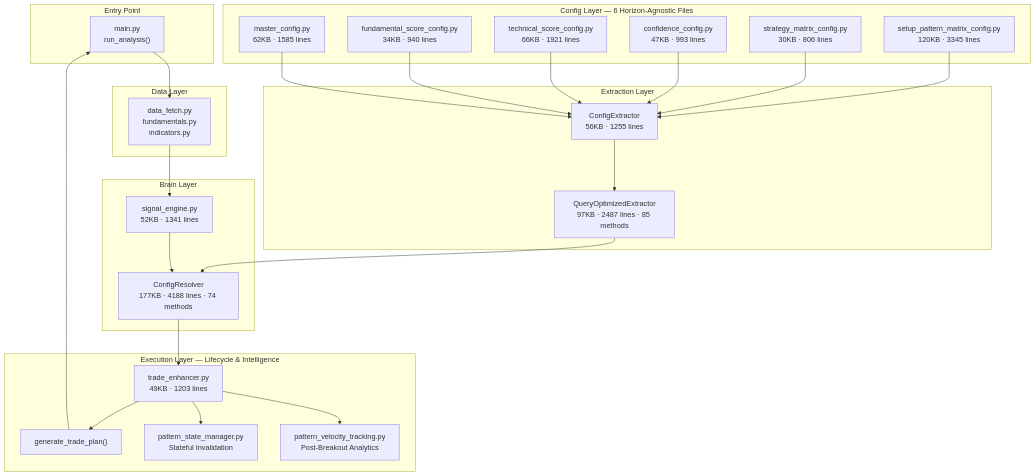
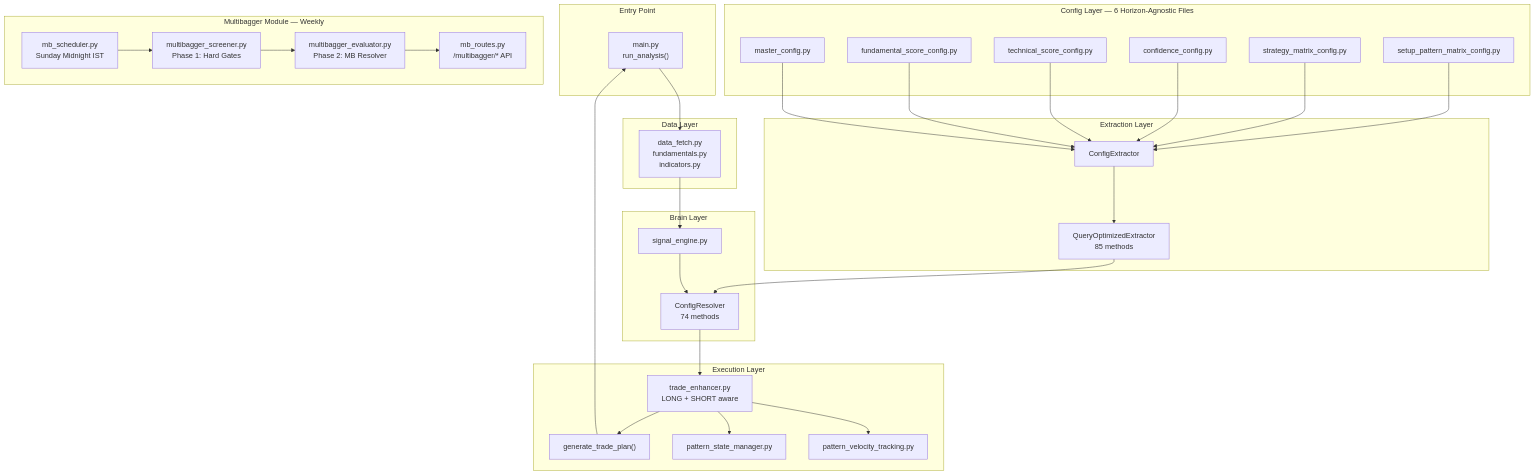
Before and after one commit to tshashwat7/analysis_app_py: the first of 3 diagrams in README.md, drawn with Mermaid. The commit also changed other lines of this file and 24 other files, not shown here.

Commit message:
fix | architectural bugs

````diff
--- a/README.md
+++ b/README.md
@@ -54,48 +71,58 @@
 ```mermaid
 graph TD
     subgraph "Entry Point"
         A["main.py<br>run_analysis()"]
     end
-    
+
     subgraph "Data Layer"
         B["data_fetch.py<br>fundamentals.py<br>indicators.py"]
     end
-    
+
     subgraph "Config Layer — 6 Horizon-Agnostic Files"
-        C1["setup_pattern_matrix_config.py<br>120KB · 3345 lines"]
-        C2["strategy_matrix_config.py<br>30KB · 806 lines"]
-        C3["confidence_config.py<br>47KB · 993 lines"]
-        C4["technical_score_config.py<br>66KB · 1921 lines"]
-        C5["fundamental_score_config.py<br>34KB · 940 lines"]
-        C6["master_config.py<br>62KB · 1585 lines"]
+        C1["setup_pattern_matrix_config.py"]
+        C2["strategy_matrix_config.py"]
+        C3["confidence_config.py"]
+        C4["technical_score_config.py"]
+        C5["fundamental_score_config.py"]
+        C6["master_config.py"]
     end
-    
+
     subgraph "Extraction Layer"
-        D1["ConfigExtractor<br>56KB · 1255 lines"]
-        D2["QueryOptimizedExtractor<br>97KB · 2487 lines · 85 methods"]
+        D1["ConfigExtractor"]
+        D2["QueryOptimizedExtractor<br>85 methods"]
     end
-    
+
     subgraph "Brain Layer"
-        E["ConfigResolver<br>177KB · 4188 lines · 74 methods"]
-        F["signal_engine.py<br>52KB · 1341 lines"]
+        E["ConfigResolver<br>74 methods"]
+        F["signal_engine.py"]
     end
-    
-    subgraph "Execution Layer — Lifecycle & Intelligence"
-        G["trade_enhancer.py<br>49KB · 1203 lines"]
+
+    subgraph "Execution Layer"
+        G["trade_enhancer.py<br>LONG + SHORT aware"]
         H["generate_trade_plan()"]
-        PSM["pattern_state_manager.py<br>Stateful Invalidation"]
-        PVT["pattern_velocity_tracking.py<br>Post-Breakout Analytics"]
+        PSM["pattern_state_manager.py"]
+        PVT["pattern_velocity_tracking.py"]
     end
-    
+
+    subgraph "Multibagger Module — Weekly"
+        MB1["multibagger_screener.py<br>Phase 1: Hard Gates"]
+        MB2["multibagger_evaluator.py<br>Phase 2: MB Resolver"]
+        MB3["mb_scheduler.py<br>Sunday Midnight IST"]
+        MB4["mb_routes.py<br>/multibagger/* API"]
+    end
+
     A --> B
     B --> F
     C1 & C2 & C3 & C4 & C5 & C6 --> D1
     D1 --> D2
     D2 --> E
     F --> E
     E --> G
     G --> H
     G --> PSM
     G --> PVT
     H --> A
+    MB3 --> MB1
+    MB1 --> MB2
+    MB2 --> MB4
 ```
````
